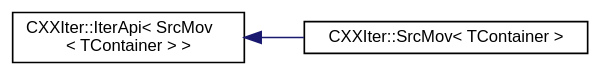
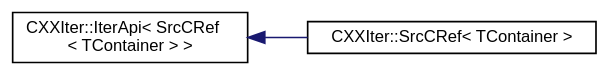
One commit to seijikun/CXXIter changed the diagram in inherit_graph_12.dot. Above: the diagram before and after it, drawn with Graphviz. The commit also changed 39 other files, not shown here.

```diff
--- a/inherit_graph_12.dot
+++ b/inherit_graph_12.dot
@@ -1,12 +1,12 @@
 digraph "Graphical Class Hierarchy"
 {
  // INTERACTIVE_SVG=YES
  // LATEX_PDF_SIZE
   bgcolor="transparent";
   edge [fontname="Helvetica",fontsize="10",labelfontname="Helvetica",labelfontsize="10"];
   node [fontname="Helvetica",fontsize="10",shape=record];
   rankdir="LR";
-  Node0 [label="CXXIter::IterApi\< SrcMov\l\< TContainer \> \>",height=0.2,width=0.4,color="black",URL="$classCXXIter_1_1IterApi.html",tooltip=" "];
+  Node0 [label="CXXIter::IterApi\< SrcCRef\l\< TContainer \> \>",height=0.2,width=0.4,color="black",URL="$classCXXIter_1_1IterApi.html",tooltip=" "];
   Node0 -> Node1 [dir="back",color="midnightblue",fontsize="10",style="solid",fontname="Helvetica"];
-  Node1 [label="CXXIter::SrcMov\< TContainer \>",height=0.2,width=0.4,color="black",URL="$classCXXIter_1_1SrcMov.html",tooltip="CXXIter iterator source that takes over the input item source, and moves its items through the elemen..."];
+  Node1 [label="CXXIter::SrcCRef\< TContainer \>",height=0.2,width=0.4,color="black",URL="$classCXXIter_1_1SrcCRef.html",tooltip="CXXIter iterator source that immutably borrows the input item source, and passes immutable references..."];
 }
```
